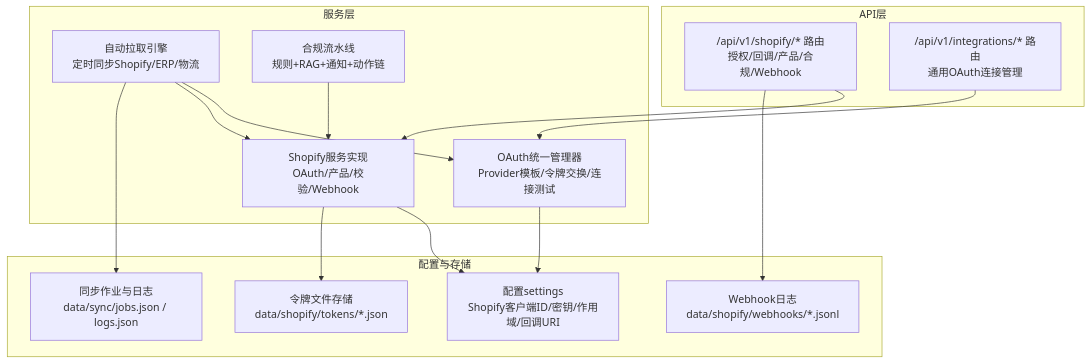
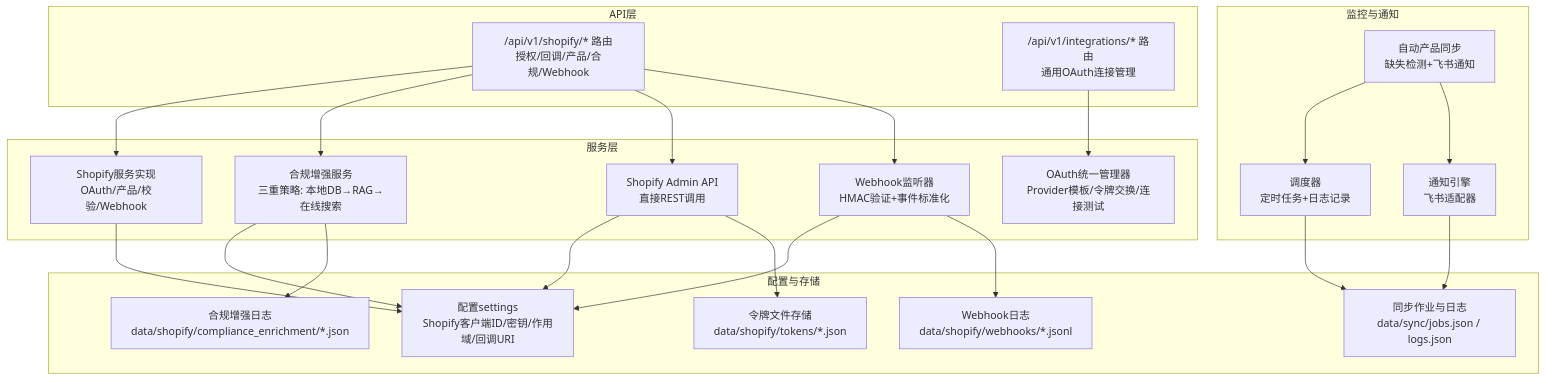
Before and after one commit to angledick/-: the first of 10 diagrams in .qoder/repowiki/zh/content/集成与扩展/Shopify集成.md, drawn with Mermaid. The commit also changed other lines of this file and 770 other files, not shown here.

````diff
--- a/.qoder/repowiki/zh/content/集成与扩展/Shopify集成.md
+++ b/.qoder/repowiki/zh/content/集成与扩展/Shopify集成.md
@@ -37,29 +57,42 @@
 ```mermaid
 graph TB
 subgraph "API层"
 A1["/api/v1/shopify/* 路由<br/>授权/回调/产品/合规/Webhook"]
 A2["/api/v1/integrations/* 路由<br/>通用OAuth连接管理"]
 end
 subgraph "服务层"
 S1["Shopify服务实现<br/>OAuth/产品/校验/Webhook"]
-S2["OAuth统一管理器<br/>Provider模板/令牌交换/连接测试"]
-S3["自动拉取引擎<br/>定时同步Shopify/ERP/物流"]
-S4["合规流水线<br/>规则+RAG+通知+动作链"]
+S3["合规增强服务<br/>三重策略: 本地DB→RAG→在线搜索"]
+S4["Shopify Admin API<br/>直接REST调用"]
+S5["Webhook监听器<br/>HMAC验证+事件标准化"]
+S6["OAuth统一管理器<br/>Provider模板/令牌交换/连接测试"]
+end
+subgraph "监控与通知"
+N1["自动产品同步<br/>缺失检测+飞书通知"]
+N2["调度器<br/>定时任务+日志记录"]
+N3["通知引擎<br/>飞书适配器"]
 end
 subgraph "配置与存储"
 C1["配置settings<br/>Shopify客户端ID/密钥/作用域/回调URI"]
 D1["令牌文件存储<br/>data/shopify/tokens/*.json"]
 D2["同步作业与日志<br/>data/sync/jobs.json / logs.json"]
 D3["Webhook日志<br/>data/shopify/webhooks/*.jsonl"]
+D4["合规增强日志<br/>data/shopify/compliance_enrichment/*.json"]
 end
 A1 --> S1
-A2 --> S2
+A1 --> S3
+A1 --> S4
+A1 --> S5
+A2 --> S6
 S1 --> C1
-S2 --> C1
-S3 --> S2
-S3 --> S1
-S4 --> S1
-S1 --> D1
-S3 --> D2
-A1 --> D3
+S3 --> C1
+S4 --> C1
+S5 --> C1
+S4 --> D1
+S3 --> D4
+S5 --> D3
+N1 --> N2
+N1 --> N3
+N2 --> D2
+N3 --> D2
 ```
````
